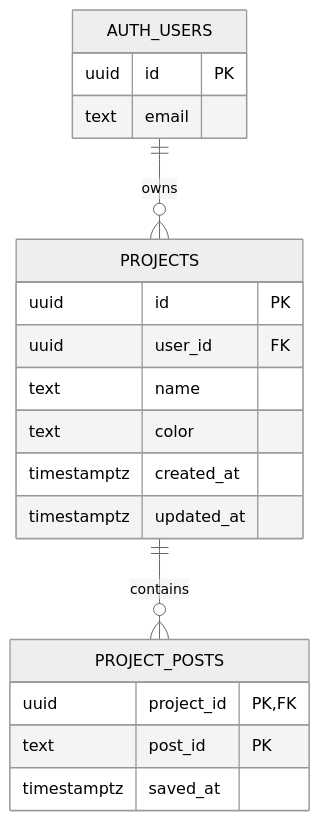
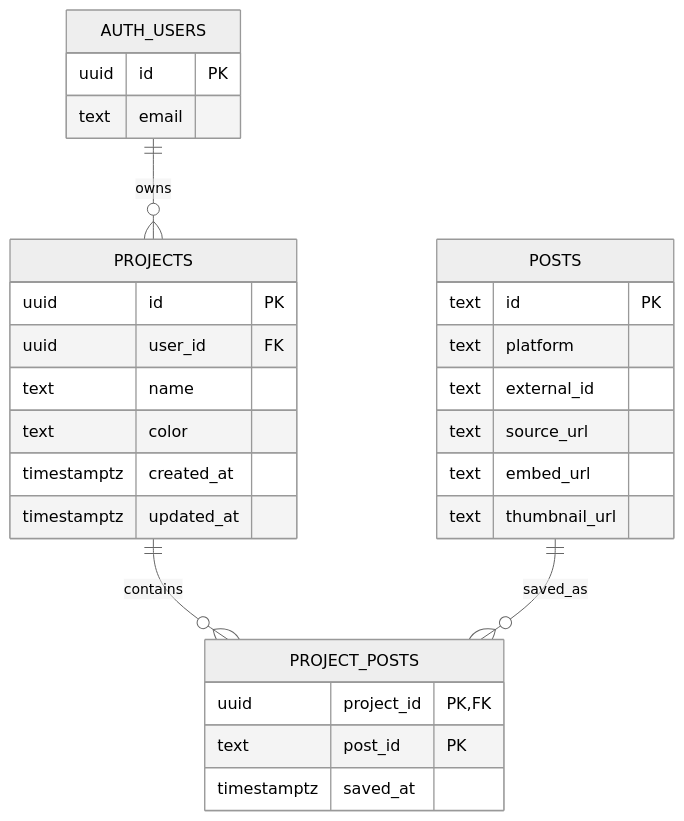
One commit to trend-cue/tc-app changed the second of 2 diagrams in README.md. Above: the diagram before and after it, drawn with Mermaid (neutral theme). The commit also changed other lines of this file and 16 other files, not shown here.

````diff
--- a/README.md
+++ b/README.md
@@ -67,23 +70,32 @@
 ```mermaid
 erDiagram
     AUTH_USERS ||--o{ PROJECTS : owns
     PROJECTS ||--o{ PROJECT_POSTS : contains
+    POSTS ||--o{ PROJECT_POSTS : saved_as
 
     AUTH_USERS {
         uuid id PK
         text email
     }
     PROJECTS {
         uuid id PK
         uuid user_id FK
         text name
         text color
         timestamptz created_at
         timestamptz updated_at
     }
     PROJECT_POSTS {
         uuid project_id PK,FK
         text post_id PK
         timestamptz saved_at
     }
+    POSTS {
+        text id PK
+        text platform
+        text external_id
+        text source_url
+        text embed_url
+        text thumbnail_url
+    }
 ```
````
